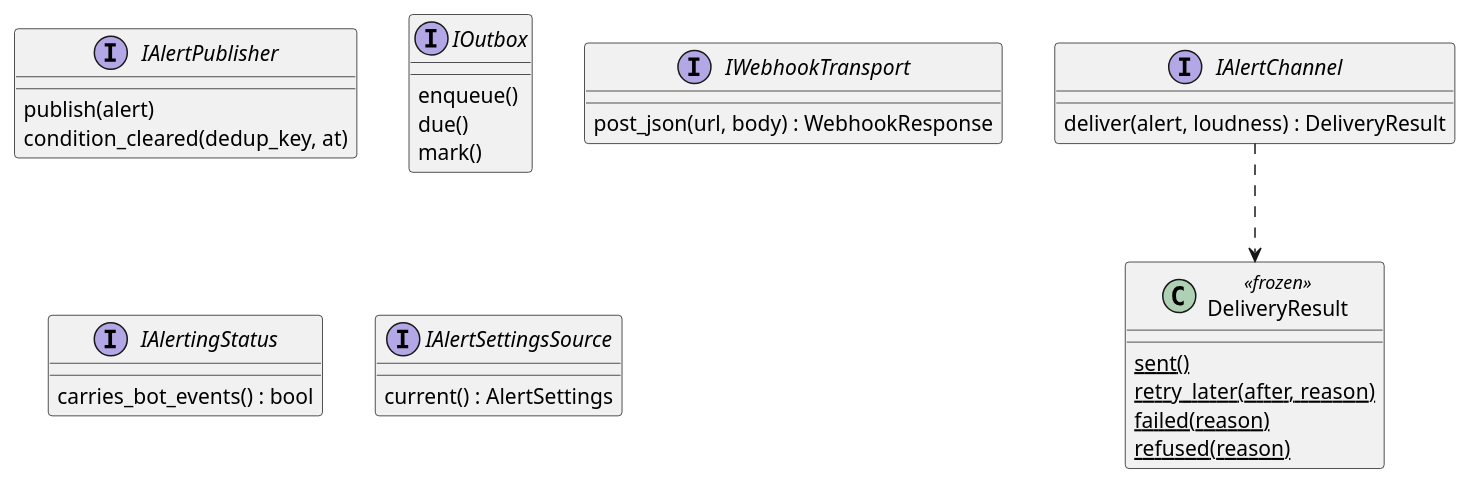
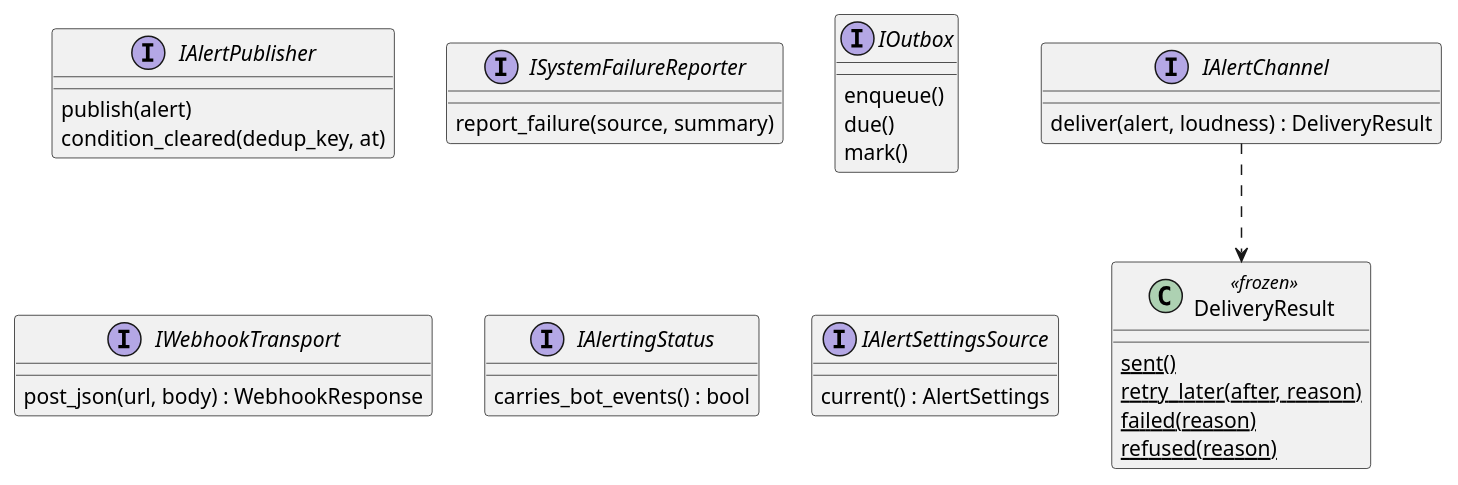
One commit to anhembedded/Sagittarius_Elite_Warrior changed the diagram in Docs/MODULES/alerting/diagrams/05-contracts.puml. Above: the diagram before and after it, drawn with PlantUML. The commit also changed 38 other files, not shown here.

```diff
--- a/Docs/MODULES/alerting/diagrams/05-contracts.puml
+++ b/Docs/MODULES/alerting/diagrams/05-contracts.puml
@@ -4,30 +4,33 @@
 @startuml 05-contracts
 interface IAlertPublisher {
   publish(alert)
   condition_cleared(dedup_key, at)
+}
+interface ISystemFailureReporter {
+  report_failure(source, summary)
 }
 interface IAlertChannel {
   deliver(alert, loudness) : DeliveryResult
 }
 class DeliveryResult <<frozen>> {
   {static} sent()
   {static} retry_later(after, reason)
   {static} failed(reason)
   {static} refused(reason)
 }
 interface IOutbox {
   enqueue()
   due()
   mark()
 }
 interface IWebhookTransport {
   post_json(url, body) : WebhookResponse
 }
 interface IAlertingStatus {
   carries_bot_events() : bool
 }
 interface IAlertSettingsSource {
   current() : AlertSettings
 }
 IAlertChannel ..> DeliveryResult
 @enduml
```
